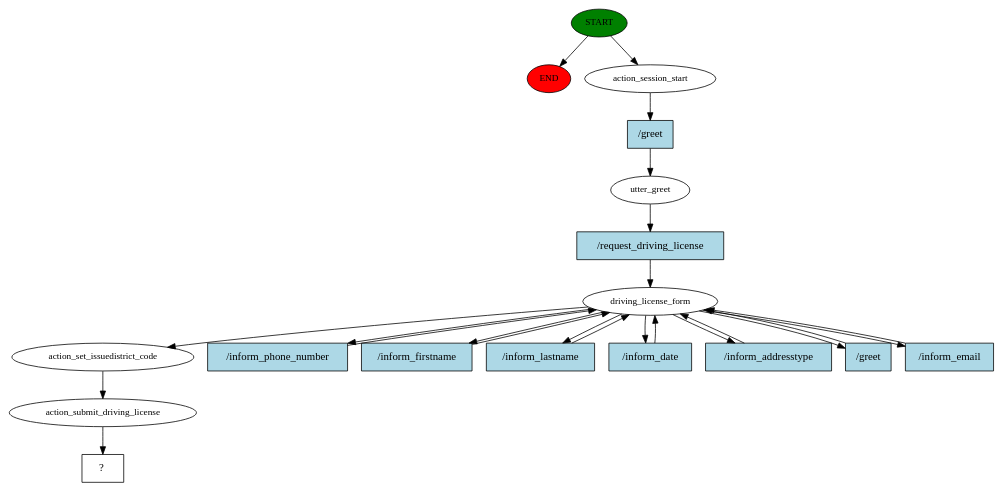
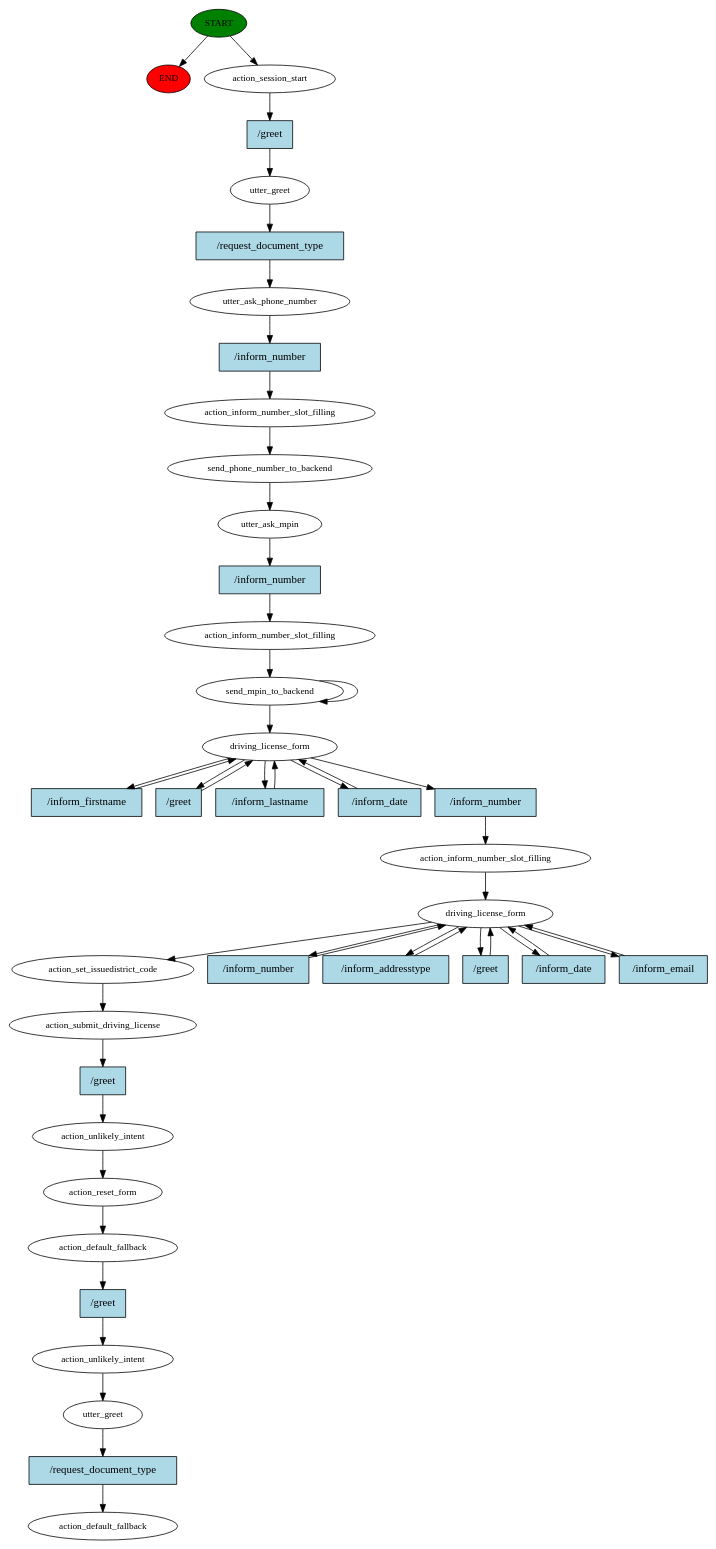
One commit to bidur7745/SmartGov_bot changed the diagram in story_graph.dot. Above: the diagram before and after it, drawn with Graphviz. The commit also changed 11 other files, not shown here.

```diff
--- a/story_graph.dot
+++ b/story_graph.dot
@@ -1,42 +1,87 @@
 digraph  {
 0 [class="start active", fillcolor=green, fontsize=12, label=START, style=filled];
 "-1" [class=end, fillcolor=red, fontsize=12, label=END, style=filled];
 1 [class=active, fontsize=12, label=action_session_start];
 2 [class=active, fontsize=12, label=utter_greet];
-3 [class=active, fontsize=12, label=driving_license_form];
-12 [class=active, fontsize=12, label=action_set_issuedistrict_code];
-13 [class=active, fontsize=12, label=action_submit_driving_license];
-14 [class="intent dashed active", label="  ?  ", shape=rect];
-15 [class="intent active", fillcolor=lightblue, label="/greet", shape=rect, style=filled];
-16 [class="intent active", fillcolor=lightblue, label="/request_driving_license", shape=rect, style=filled];
-17 [class="intent active", fillcolor=lightblue, label="/inform_phone_number", shape=rect, style=filled];
-18 [class="intent active", fillcolor=lightblue, label="/inform_firstname", shape=rect, style=filled];
-19 [class="intent active", fillcolor=lightblue, label="/inform_lastname", shape=rect, style=filled];
-20 [class="intent active", fillcolor=lightblue, label="/inform_date", shape=rect, style=filled];
-21 [class="intent active", fillcolor=lightblue, label="/inform_addresstype", shape=rect, style=filled];
-22 [class="intent active", fillcolor=lightblue, label="/greet", shape=rect, style=filled];
-23 [class="intent active", fillcolor=lightblue, label="/inform_email", shape=rect, style=filled];
+3 [class=active, fontsize=12, label=utter_ask_phone_number];
+4 [class=active, fontsize=12, label=action_inform_number_slot_filling];
+5 [class=active, fontsize=12, label=send_phone_number_to_backend];
+6 [class=active, fontsize=12, label=utter_ask_mpin];
+7 [class=active, fontsize=12, label=action_inform_number_slot_filling];
+8 [class=active, fontsize=12, label=send_mpin_to_backend];
+10 [class=active, fontsize=12, label=driving_license_form];
+15 [class=active, fontsize=12, label=action_inform_number_slot_filling];
+16 [class=active, fontsize=12, label=driving_license_form];
+23 [class=active, fontsize=12, label=action_set_issuedistrict_code];
+24 [class=active, fontsize=12, label=action_submit_driving_license];
+25 [class=active, fontsize=12, label=action_unlikely_intent];
+26 [class=active, fontsize=12, label=action_reset_form];
+27 [class=active, fontsize=12, label=action_default_fallback];
+28 [class=active, fontsize=12, label=action_unlikely_intent];
+29 [class=active, fontsize=12, label=utter_greet];
+30 [class="dashed active", fontsize=12, label=action_default_fallback];
+31 [class="intent active", fillcolor=lightblue, label="/greet", shape=rect, style=filled];
+32 [class="intent active", fillcolor=lightblue, label="/request_document_type", shape=rect, style=filled];
+33 [class="intent active", fillcolor=lightblue, label="/inform_number", shape=rect, style=filled];
+34 [class="intent active", fillcolor=lightblue, label="/inform_number", shape=rect, style=filled];
+35 [class="intent active", fillcolor=lightblue, label="/inform_firstname", shape=rect, style=filled];
+36 [class="intent active", fillcolor=lightblue, label="/greet", shape=rect, style=filled];
+37 [class="intent active", fillcolor=lightblue, label="/inform_lastname", shape=rect, style=filled];
+38 [class="intent active", fillcolor=lightblue, label="/inform_date", shape=rect, style=filled];
+39 [class="intent active", fillcolor=lightblue, label="/inform_number", shape=rect, style=filled];
+40 [class="intent active", fillcolor=lightblue, label="/inform_number", shape=rect, style=filled];
+41 [class="intent active", fillcolor=lightblue, label="/inform_addresstype", shape=rect, style=filled];
+42 [class="intent active", fillcolor=lightblue, label="/greet", shape=rect, style=filled];
+43 [class="intent active", fillcolor=lightblue, label="/inform_date", shape=rect, style=filled];
+44 [class="intent active", fillcolor=lightblue, label="/inform_email", shape=rect, style=filled];
+45 [class="intent active", fillcolor=lightblue, label="/greet", shape=rect, style=filled];
+46 [class="intent active", fillcolor=lightblue, label="/greet", shape=rect, style=filled];
+47 [class="intent active", fillcolor=lightblue, label="/request_document_type", shape=rect, style=filled];
 0 -> "-1"  [class="", key=NONE, label=""];
 0 -> 1  [class=active, key=NONE, label=""];
-1 -> 15  [class=active, key=0];
-2 -> 16  [class=active, key=0];
-3 -> 12  [class=active, key=NONE, label=""];
-3 -> 17  [class=active, key=0];
-3 -> 18  [class=active, key=0];
-3 -> 19  [class=active, key=0];
-3 -> 20  [class=active, key=0];
-3 -> 21  [class=active, key=0];
-3 -> 22  [class=active, key=0];
-3 -> 23  [class=active, key=0];
-12 -> 13  [class=active, key=NONE, label=""];
-13 -> 14  [class=active, key=NONE, label=""];
-15 -> 2  [class=active, key=0];
-16 -> 3  [class=active, key=0];
-17 -> 3  [class=active, key=0];
-18 -> 3  [class=active, key=0];
-19 -> 3  [class=active, key=0];
-20 -> 3  [class=active, key=0];
-21 -> 3  [class=active, key=0];
-22 -> 3  [class=active, key=0];
-23 -> 3  [class=active, key=0];
+1 -> 31  [class=active, key=0];
+2 -> 32  [class=active, key=0];
+3 -> 33  [class=active, key=0];
+4 -> 5  [class=active, key=NONE, label=""];
+5 -> 6  [class=active, key=NONE, label=""];
+6 -> 34  [class=active, key=0];
+7 -> 8  [class=active, key=NONE, label=""];
+8 -> 10  [class=active, key=NONE, label=""];
+8 -> 8  [class=active, key=NONE, label=""];
+10 -> 35  [class=active, key=0];
+10 -> 36  [class=active, key=0];
+10 -> 37  [class=active, key=0];
+10 -> 38  [class=active, key=0];
+10 -> 39  [class=active, key=0];
+15 -> 16  [class=active, key=NONE, label=""];
+16 -> 23  [class=active, key=NONE, label=""];
+16 -> 40  [class=active, key=0];
+16 -> 41  [class=active, key=0];
+16 -> 42  [class=active, key=0];
+16 -> 43  [class=active, key=0];
+16 -> 44  [class=active, key=0];
+23 -> 24  [class=active, key=NONE, label=""];
+24 -> 45  [class=active, key=0];
+25 -> 26  [class=active, key=NONE, label=""];
+26 -> 27  [class=active, key=NONE, label=""];
+27 -> 46  [class=active, key=0];
+28 -> 29  [class=active, key=NONE, label=""];
+29 -> 47  [class=active, key=0];
+31 -> 2  [class=active, key=0];
+32 -> 3  [class=active, key=0];
+33 -> 4  [class=active, key=0];
+34 -> 7  [class=active, key=0];
+35 -> 10  [class=active, key=0];
+36 -> 10  [class=active, key=0];
+37 -> 10  [class=active, key=0];
+38 -> 10  [class=active, key=0];
+39 -> 15  [class=active, key=0];
+40 -> 16  [class=active, key=0];
+41 -> 16  [class=active, key=0];
+42 -> 16  [class=active, key=0];
+43 -> 16  [class=active, key=0];
+44 -> 16  [class=active, key=0];
+45 -> 25  [class=active, key=0];
+46 -> 28  [class=active, key=0];
+47 -> 30  [class=active, key=0];
 }
```
